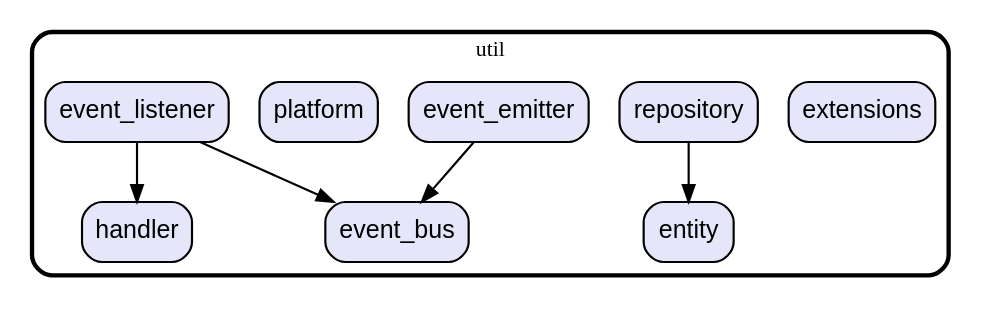
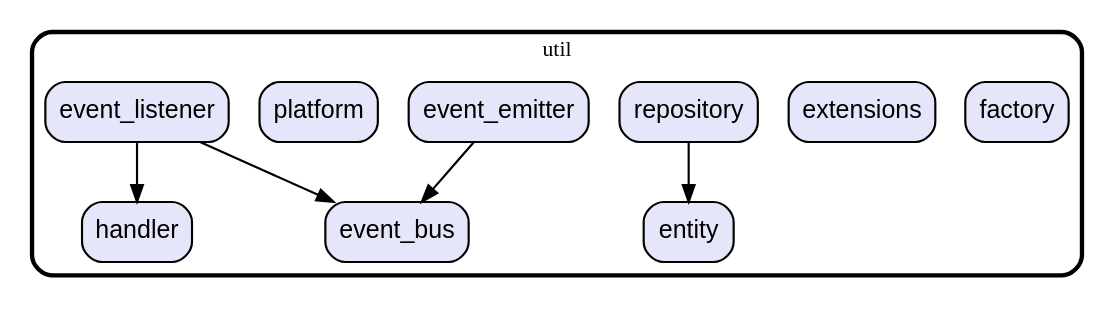
One commit to gev/reacthome-mobile changed the diagram in graph/lib/util.dot. Above: the diagram before and after it, drawn with Graphviz. The commit also changed 23 other files, not shown here.

Commit message:
update modules dependencies graph

```diff
--- a/graph/lib/util.dot
+++ b/graph/lib/util.dot
@@ -1,28 +1,30 @@
 digraph "" {
   graph [style=rounded fontname="Arial Black" fontsize=13 penwidth=2.6];
   node [shape=rect style="filled,rounded" fontname=Arial fontsize=15 fillcolor=Lavender penwidth=1.3];
   edge [penwidth=1.3];
   "/handler.dart" [label="handler"];
+  "/factory.dart" [label="factory"];
   "/event_bus.dart" [label="event_bus"];
   "/extensions.dart" [label="extensions"];
   "/repository.dart" [label="repository"];
   "/event_emitter.dart" [label="event_emitter"];
   "/platform.dart" [label="platform"];
   "/event_listener.dart" [label="event_listener"];
   "/entity.dart" [label="entity"];
   subgraph "cluster~" {
     label="util";
     "/handler.dart";
+    "/factory.dart";
     "/event_bus.dart";
     "/extensions.dart";
     "/repository.dart";
     "/event_emitter.dart";
     "/platform.dart";
     "/event_listener.dart";
     "/entity.dart";
   }
   "/repository.dart" -> "/entity.dart";
   "/event_emitter.dart" -> "/event_bus.dart";
   "/event_listener.dart" -> "/event_bus.dart";
   "/event_listener.dart" -> "/handler.dart";
 }
```
